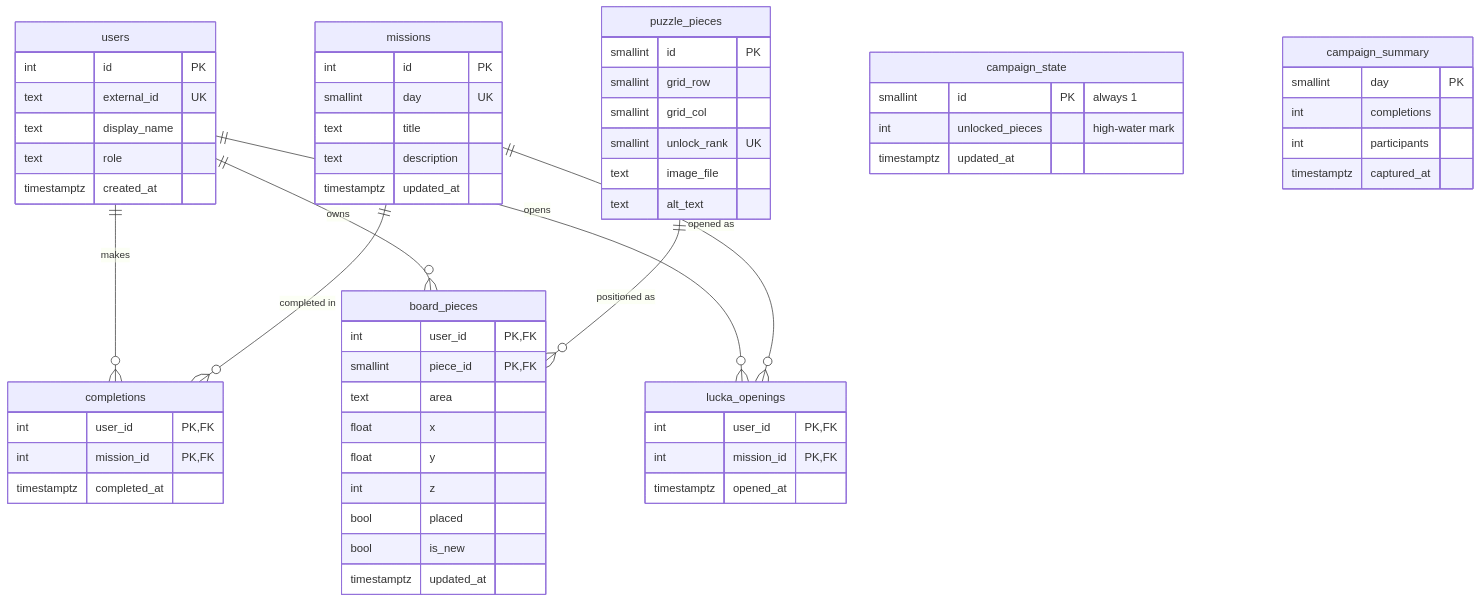
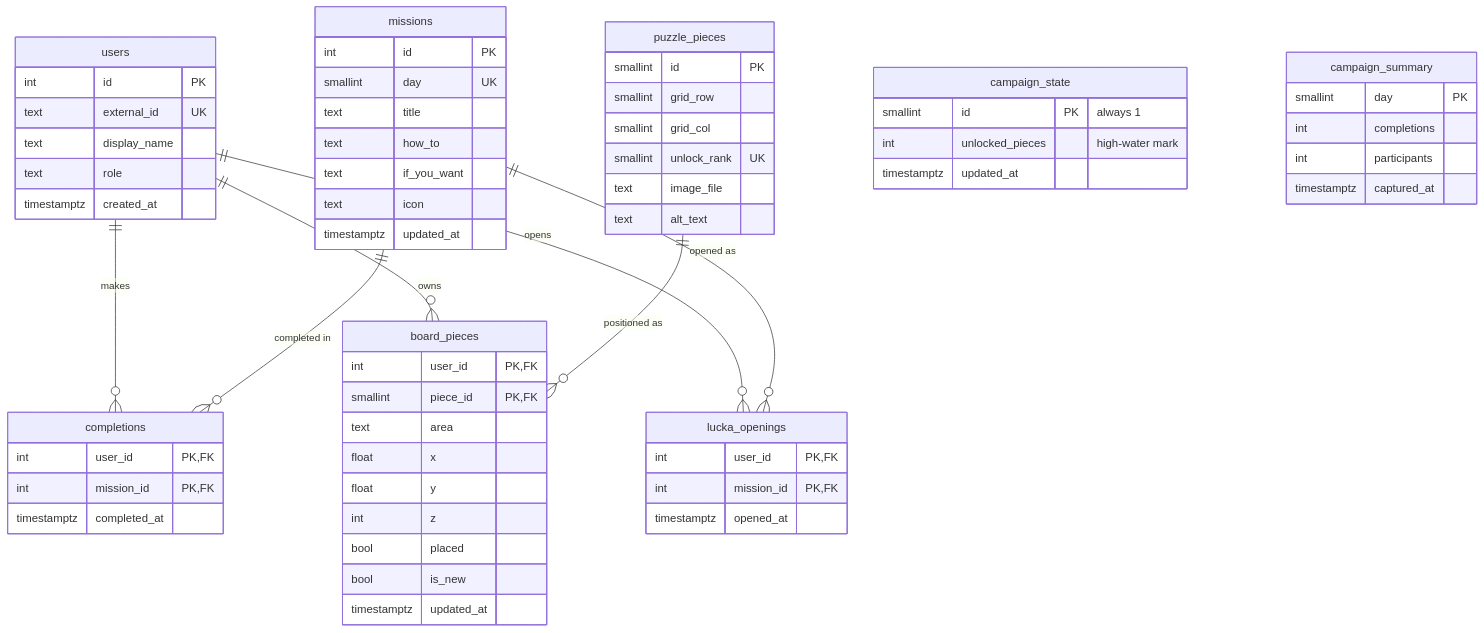
The second of 3 diagrams in docs/ARCHITECTURE.md (DigitaliseringsenhetenBSF/Julkalender2026), drawn with Mermaid before and after one commit. The commit also changed 134 other files, not shown here.

````diff
--- a/docs/ARCHITECTURE.md
+++ b/docs/ARCHITECTURE.md
@@ -40,64 +40,66 @@
 ```mermaid
 erDiagram
   users ||--o{ completions : makes
   missions ||--o{ completions : "completed in"
   users ||--o{ board_pieces : owns
   users ||--o{ lucka_openings : opens
   missions ||--o{ lucka_openings : "opened as"
   puzzle_pieces ||--o{ board_pieces : "positioned as"
 
   users {
     int id PK
     text external_id UK
     text display_name
     text role
     timestamptz created_at
   }
   missions {
     int id PK
     smallint day UK
     text title
-    text description
+    text how_to
+    text if_you_want
+    text icon
     timestamptz updated_at
   }
   completions {
     int user_id PK,FK
     int mission_id PK,FK
     timestamptz completed_at
   }
   puzzle_pieces {
     smallint id PK
     smallint grid_row
     smallint grid_col
     smallint unlock_rank UK
     text image_file
     text alt_text
   }
   campaign_state {
     smallint id PK "always 1"
     int unlocked_pieces "high-water mark"
     timestamptz updated_at
   }
   lucka_openings {
     int user_id PK,FK
     int mission_id PK,FK
     timestamptz opened_at
   }
   board_pieces {
     int user_id PK,FK
     smallint piece_id PK,FK
     text area
     float x
     float y
     int z
     bool placed
     bool is_new
     timestamptz updated_at
   }
   campaign_summary {
     smallint day PK
     int completions
     int participants
     timestamptz captured_at
   }
 ```
````
